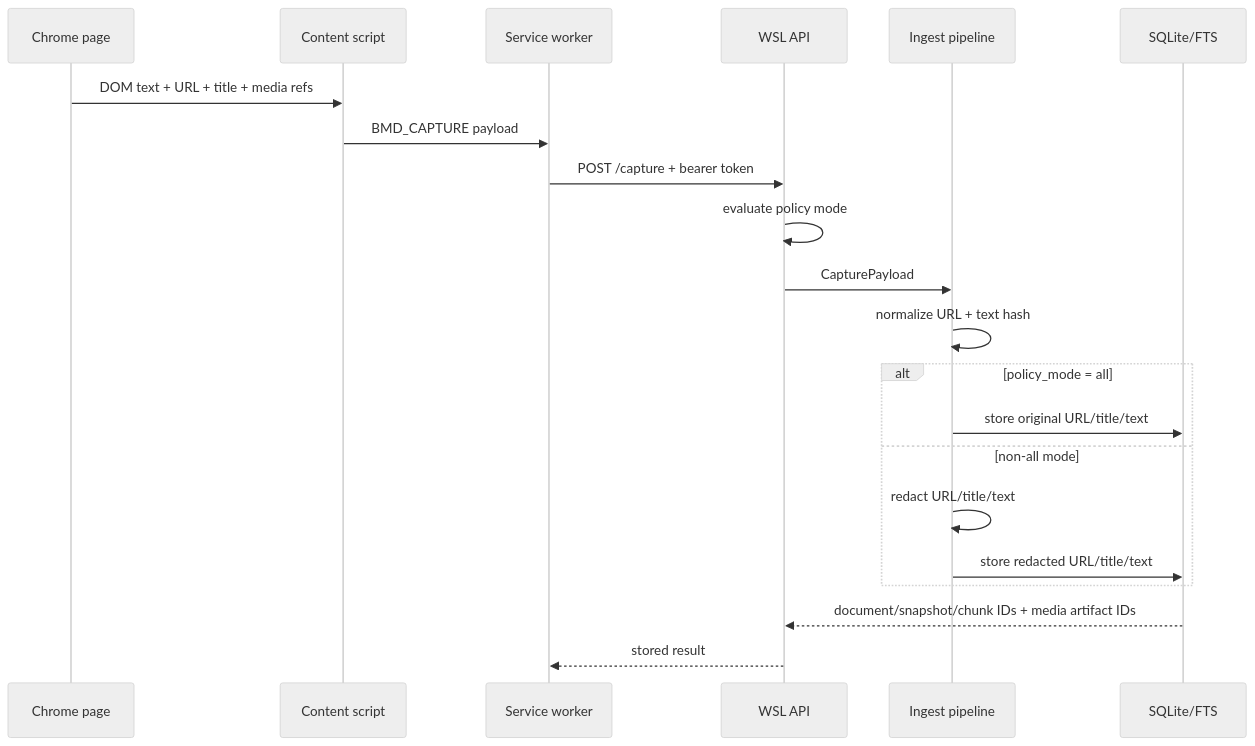
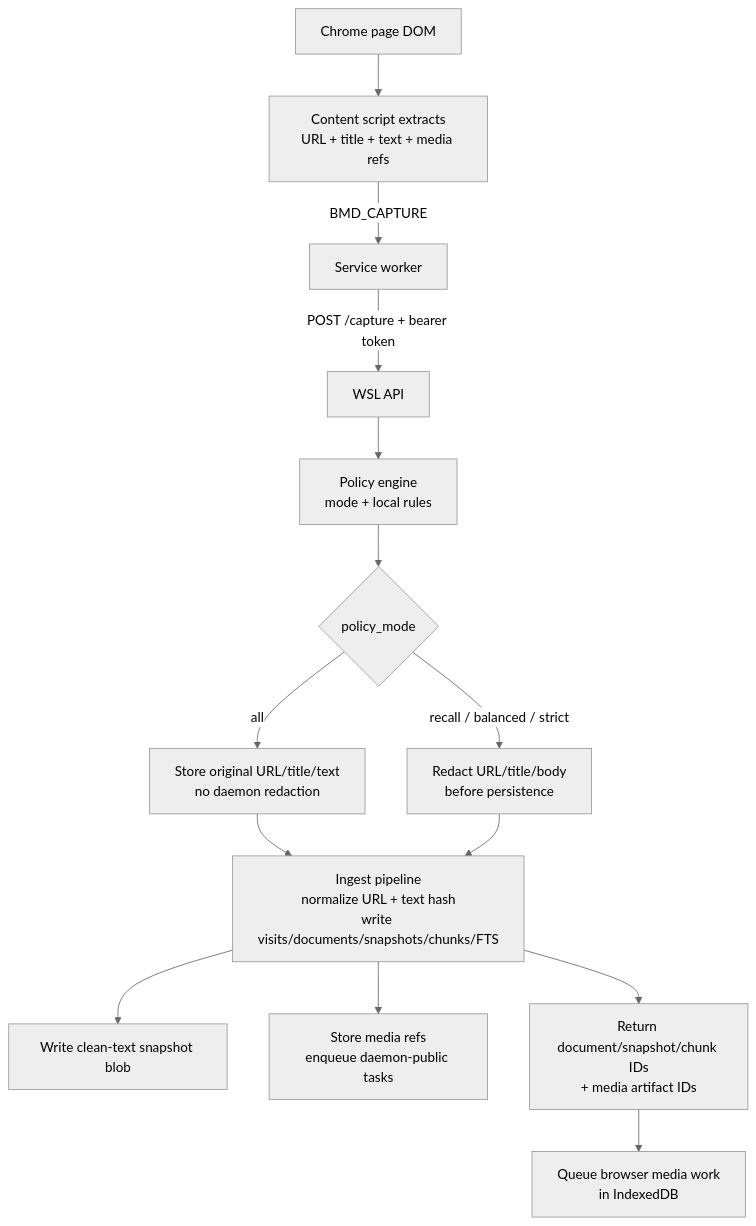
Before and after one commit to michaelnicks0/browser-memory-daemon: the third of 8 diagrams in docs/DIAGRAMS.md, drawn with Mermaid (neutral theme). The commit also changed other lines of this file and 105 other files, not shown here.

Commit message:
docs: reconcile C4 and behavioral diagrams

````diff
--- a/docs/DIAGRAMS.md
+++ b/docs/DIAGRAMS.md
@@ -74,24 +64,16 @@
 ```mermaid
-sequenceDiagram
-  participant Page as Chrome page
-  participant CS as Content script
-  participant SW as Service worker
-  participant API as WSL API
-  participant Ingest as Ingest pipeline
-  participant DB as SQLite/FTS
-
-  Page->>CS: DOM text + URL + title + media refs
-  CS->>SW: BMD_CAPTURE payload
-  SW->>API: POST /capture + bearer token
-  API->>API: evaluate policy mode
-  API->>Ingest: CapturePayload
-  Ingest->>Ingest: normalize URL + text hash
-  alt policy_mode = all
-    Ingest->>DB: store original URL/title/text
-  else non-all mode
-    Ingest->>Ingest: redact URL/title/text
-    Ingest->>DB: store redacted URL/title/text
-  end
-  DB-->>API: document/snapshot/chunk IDs + media artifact IDs
-  API-->>SW: stored result
+flowchart TD
+  Page["Chrome page DOM"] --> Extract["Content script extracts<br/>URL + title + text + media refs"]
+  Extract -->|"BMD_CAPTURE"| SW["Service worker"]
+  SW -->|"POST /capture + bearer token"| API["WSL API"]
+  API --> Policy["Policy engine<br/>mode + local rules"]
+  Policy --> Decision{"policy_mode"}
+  Decision -->|"all"| All["Store original URL/title/text<br/>no daemon redaction"]
+  Decision -->|"recall / balanced / strict"| Redact["Redact URL/title/body<br/>before persistence"]
+  All --> Store["Ingest pipeline<br/>normalize URL + text hash<br/>write visits/documents/snapshots/chunks/FTS"]
+  Redact --> Store
+  Store --> TextBlobs["Write clean-text snapshot blob"]
+  Store --> MediaRefs["Store media refs<br/>enqueue daemon-public tasks"]
+  Store --> Response["Return document/snapshot/chunk IDs<br/>+ media artifact IDs"]
+  Response --> Queue["Queue browser media work<br/>in IndexedDB"]
 ```
````
